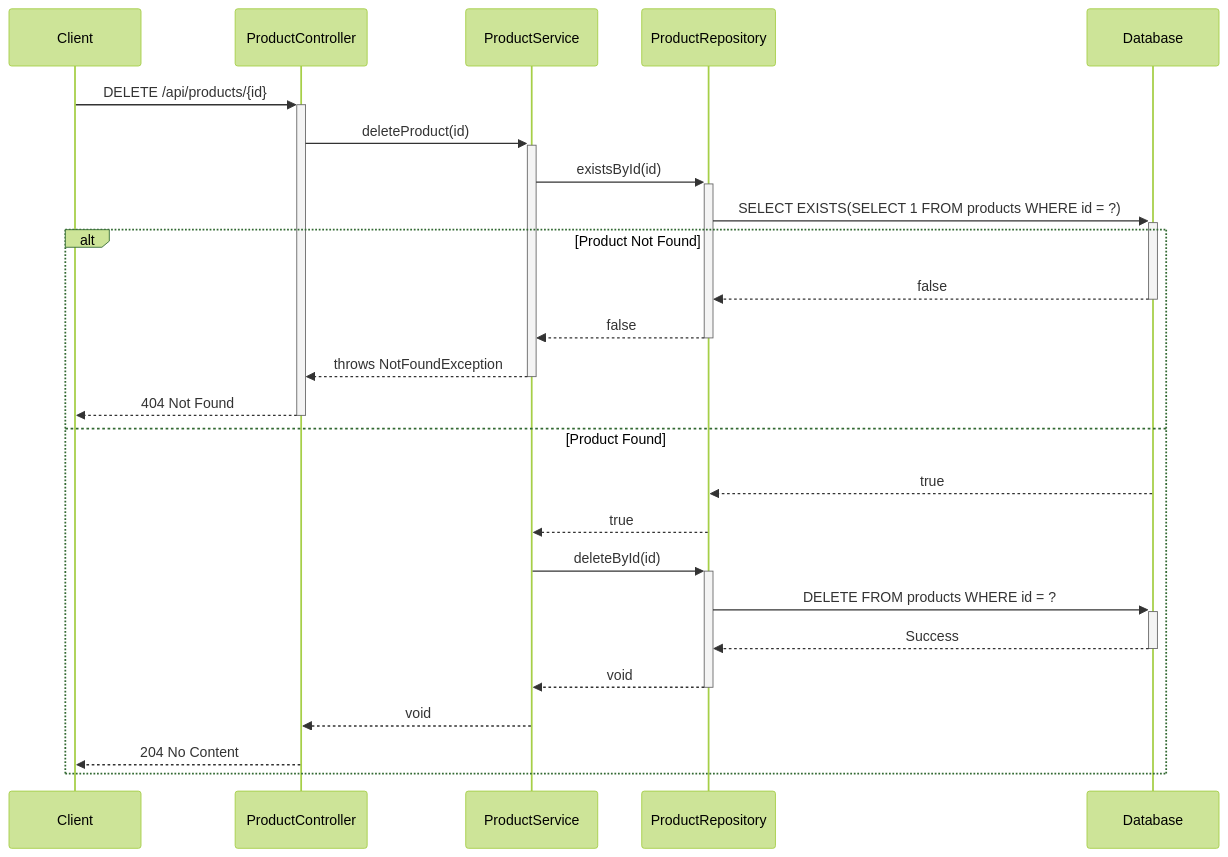
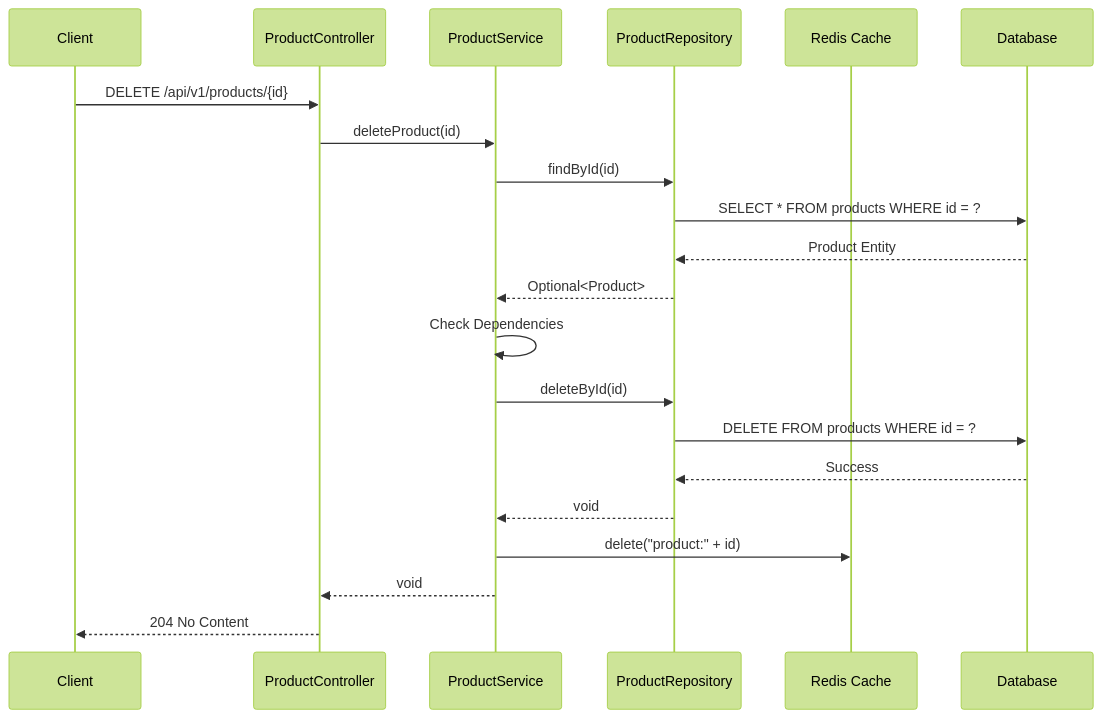
One commit to NavneetBN47/aava-ecom-demo changed diagram 12 of 23 in docs/LLD/modified_lld.md. Above: the diagram before and after it, drawn with Mermaid (forest theme). The commit also changed other lines of this file, not shown here.

````diff
--- a/docs/LLD/modified_lld.md
+++ b/docs/LLD/modified_lld.md
@@ -694,29 +987,24 @@
 ```mermaid
 sequenceDiagram
     participant Client
-    participant ProductController
-    participant ProductService
-    participant ProductRepository
-    participant Database
+    participant Controller as ProductController
+    participant Service as ProductService
+    participant Repository as ProductRepository
+    participant Cache as Redis Cache
+    participant DB as Database
     
-    Client->>+ProductController: DELETE /api/products/{id}
-    ProductController->>+ProductService: deleteProduct(id)
-    ProductService->>+ProductRepository: existsById(id)
-    ProductRepository->>+Database: SELECT EXISTS(SELECT 1 FROM products WHERE id = ?)
-    
-    alt Product Not Found
-        Database-->>-ProductRepository: false
-        ProductRepository-->>-ProductService: false
-        ProductService-->>-ProductController: throws NotFoundException
-        ProductController-->>-Client: 404 Not Found
-    else Product Found
-        Database-->>ProductRepository: true
-        ProductRepository-->>ProductService: true
-        ProductService->>+ProductRepository: deleteById(id)
-        ProductRepository->>+Database: DELETE FROM products WHERE id = ?
-        Database-->>-ProductRepository: Success
-        ProductRepository-->>-ProductService: void
-        ProductService-->>ProductController: void
-        ProductController-->>Client: 204 No Content
-    end
+    Client->>Controller: DELETE /api/v1/products/{id}
+    Controller->>Service: deleteProduct(id)
+    Service->>Repository: findById(id)
+    Repository->>DB: SELECT * FROM products WHERE id = ?
+    DB-->>Repository: Product Entity
+    Repository-->>Service: Optional<Product>
+    Service->>Service: Check Dependencies
+    Service->>Repository: deleteById(id)
+    Repository->>DB: DELETE FROM products WHERE id = ?
+    DB-->>Repository: Success
+    Repository-->>Service: void
+    Service->>Cache: delete("product:" + id)
+    Service-->>Controller: void
+    Controller-->>Client: 204 No Content
 ```
````
